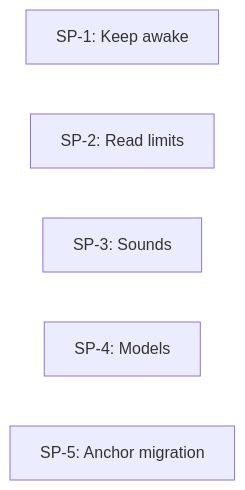
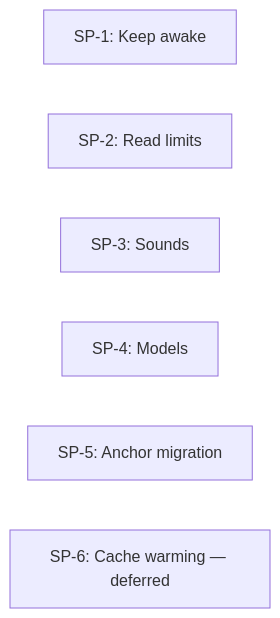
The diagram in plans/2026-11-11-joro-host-agent-setup/core-plan.md (alvseek/agent-memory-environment), drawn with Mermaid before and after one commit. The commit also changed other lines of this file, not shown here.

First line of the commit message:
docs: record the cache warmer as planned but deferred

````diff
--- a/plans/2026-11-11-joro-host-agent-setup/core-plan.md
+++ b/plans/2026-11-11-joro-host-agent-setup/core-plan.md
@@ -137,8 +139,9 @@
 ```mermaid
 graph LR
     SP1[SP-1: Keep awake]
     SP2[SP-2: Read limits]
     SP3[SP-3: Sounds]
     SP4[SP-4: Models]
     SP5[SP-5: Anchor migration]
+    SP6[SP-6: Cache warming — deferred]
 ```
````
